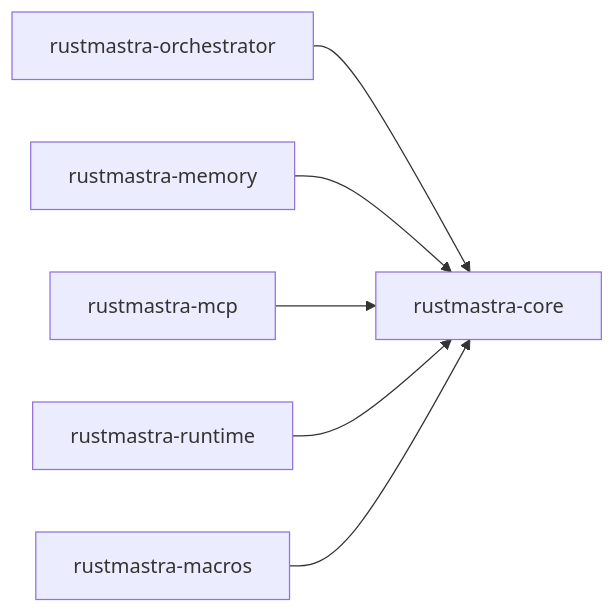
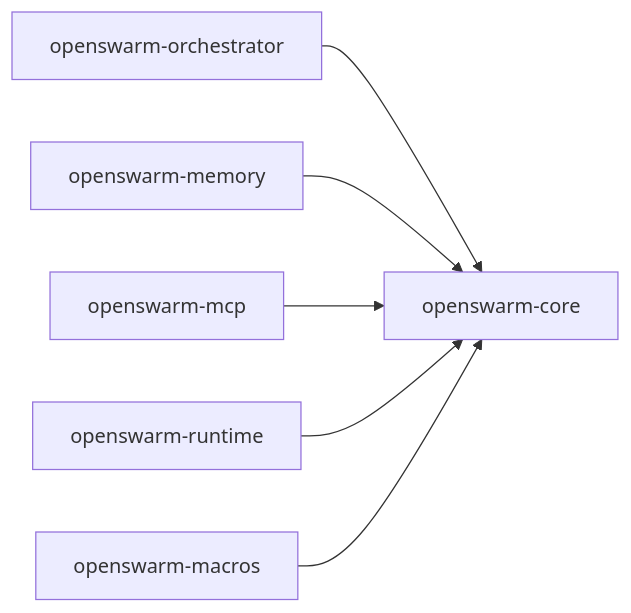
One commit to Van-Nice/van-swarm changed the diagram in documentation/architecture/rust-mcp-wishlist.md. Above: the diagram before and after it, drawn with Mermaid. The commit also changed other lines of this file and 80 other files, not shown here.

````diff
--- a/documentation/architecture/rust-mcp-wishlist.md
+++ b/documentation/architecture/rust-mcp-wishlist.md
@@ -18,14 +18,14 @@
 ```mermaid
 flowchart LR
-    core[rustmastra-core]
-    orchestrator[rustmastra-orchestrator]
-    memory[rustmastra-memory]
-    mcp[rustmastra-mcp]
-    runtime[rustmastra-runtime]
-    macros[rustmastra-macros]
+    core[openswarm-core]
+    orchestrator[openswarm-orchestrator]
+    memory[openswarm-memory]
+    mcp[openswarm-mcp]
+    runtime[openswarm-runtime]
+    macros[openswarm-macros]
     orchestrator --> core
     memory --> core
     mcp --> core
     runtime --> core
     macros --> core
 ```
````
